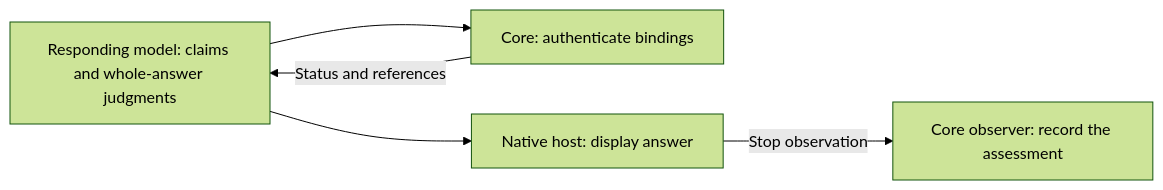
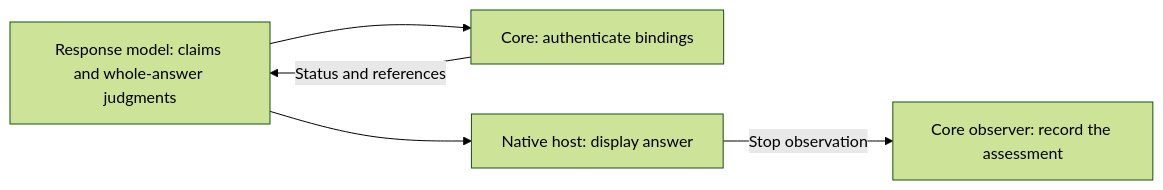
Before and after one commit to AidALL/ghost-alice: the diagram in docs/policies/tool-output-semantics.md, drawn with Mermaid (forest theme). The commit also changed other lines of this file and 43 other files, not shown here.

````diff
--- a/docs/policies/tool-output-semantics.md
+++ b/docs/policies/tool-output-semantics.md
@@ -19,7 +19,7 @@
 ```mermaid
 flowchart LR
-  M["Responding model: claims and whole-answer judgments"] --> C["Core: authenticate bindings"]
+  M["Response model: claims and whole-answer judgments"] --> C["Core: authenticate bindings"]
   C -->|Status and references| M
   M --> H["Native host: display answer"]
   H -->|Stop observation| S["Core observer: record the assessment"]
 ```
````
